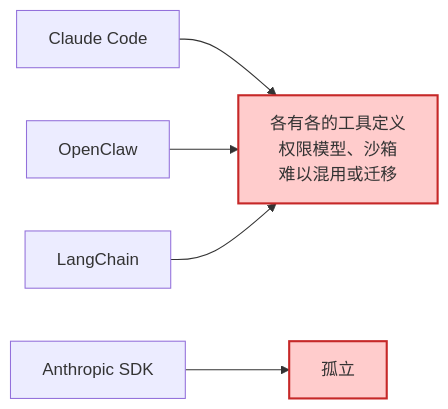
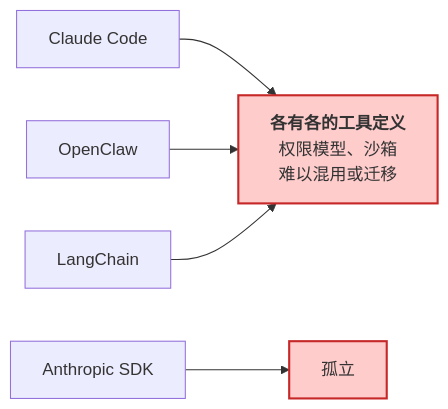
One commit to yeasy/harness_engineering_guide changed the third of 5 diagrams in 14_future/14.2_standardization.md. Above: the diagram before and after it, drawn with Mermaid. The commit also changed other lines of this file and 26 other files, not shown here.

Commit message:
Add bold titles to Mermaid diagram nodes

````diff
--- a/14_future/14.2_standardization.md
+++ b/14_future/14.2_standardization.md
@@ -314,10 +314,10 @@
 ```mermaid
 graph LR
-    A["Claude Code"] --> B["各有各的工具定义<br/>权限模型、沙箱<br/>难以混用或迁移"]
+    A["Claude Code"] --> B["<b>各有各的工具定义</b><br/>权限模型、沙箱<br/>难以混用或迁移"]
     C["OpenClaw"] --> B
     D["LangChain"] --> B
     E["Anthropic SDK"] --> F["孤立"]
 
     style B fill:#ffcccc,stroke:#c62828,stroke-width:2px
     style F fill:#ffcccc,stroke:#c62828,stroke-width:2px
 ```
````
